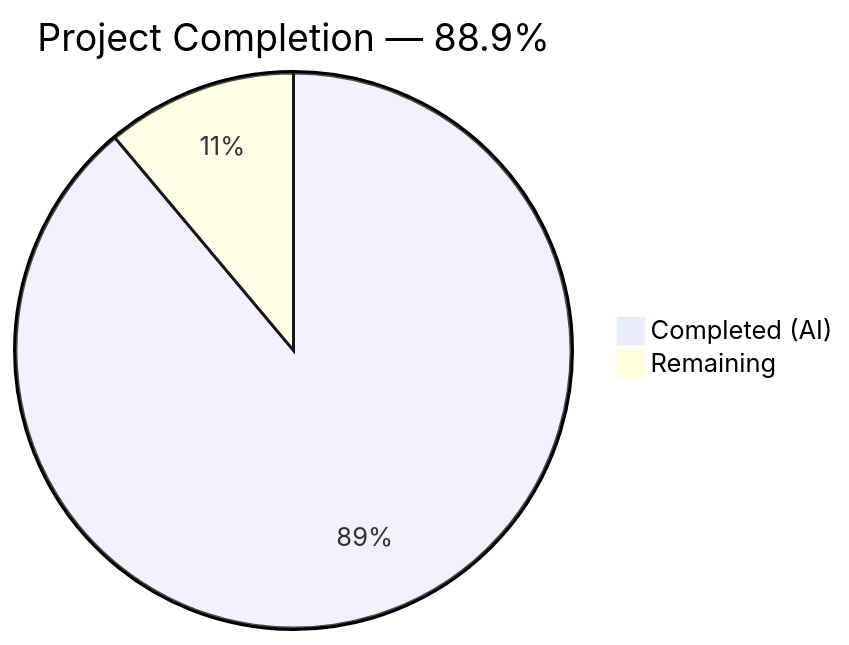
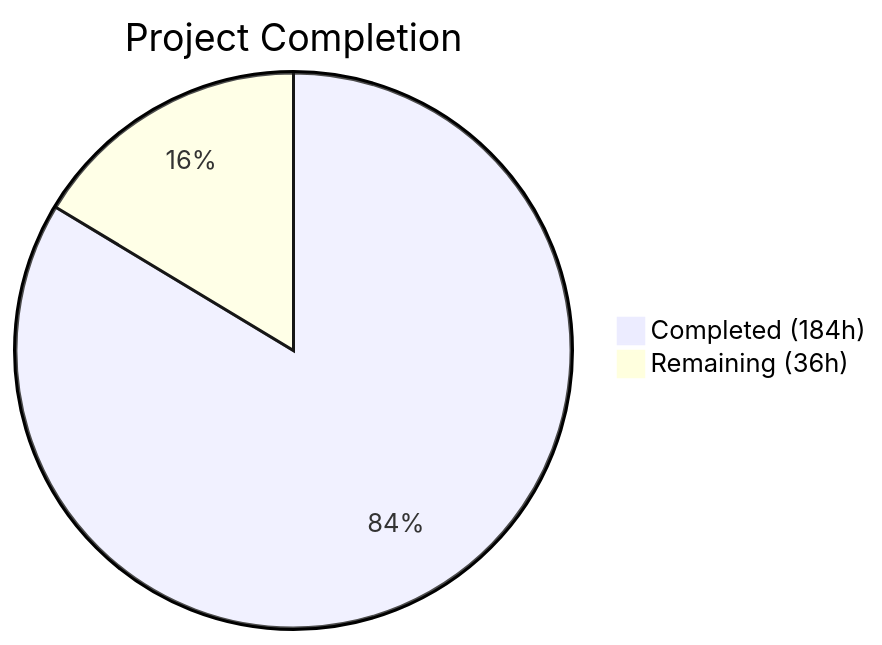
One commit to Blitzy-Sandbox/blitzy-RudderStack changed the first of 2 diagrams in blitzy/documentation/Project Guide.md. Above: the diagram before and after it, drawn with Mermaid. The commit also changed other lines of this file, not shown here.

Commit message:
Adding Blitzy Project Guide: Project Status and Human Tasks Remaining

````diff
--- a/blitzy/documentation/Project Guide.md
+++ b/blitzy/documentation/Project Guide.md
@@ -11,5 +13,5 @@
 ```mermaid
-pie title Project Completion — 88.9%
-    "Completed (AI)" : 280
-    "Remaining" : 35
+pie title Project Completion
+    "Completed (184h)" : 184
+    "Remaining (36h)" : 36
 ```
````
